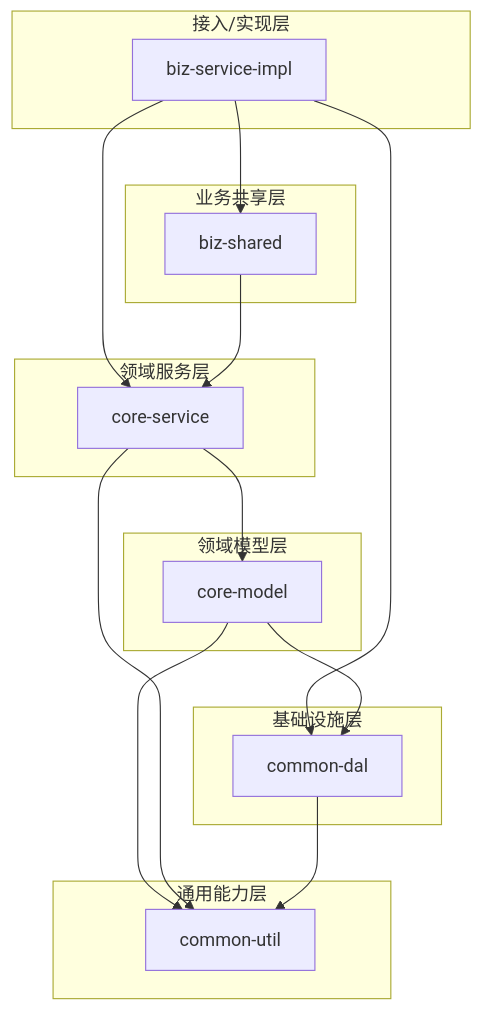
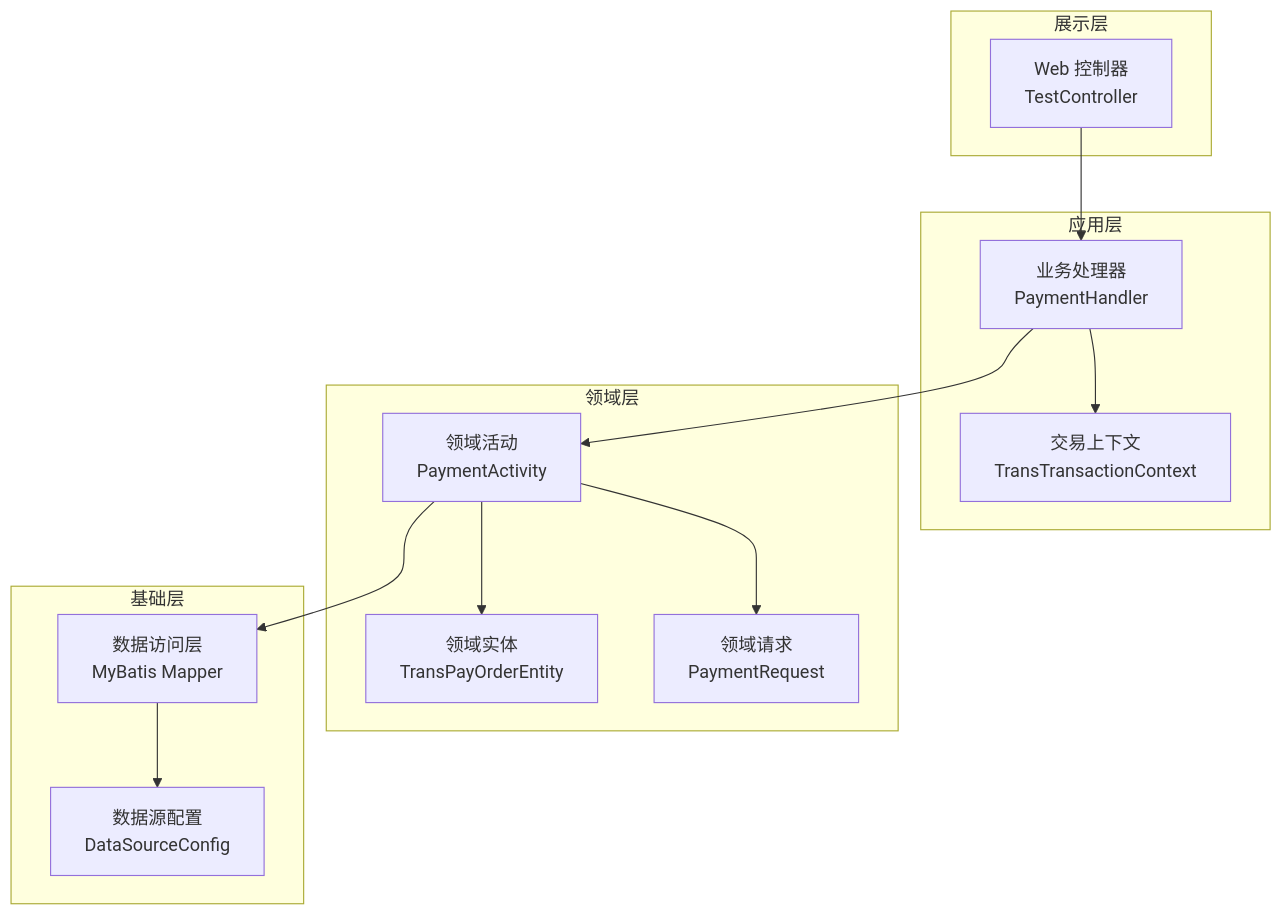
Before and after one commit to magicliang/domain-driven-transaction-sys: the first of 6 diagrams in .qoder/repowiki/zh/content/架构设计/架构评估报告-DDD-COLA-SOFA.md, drawn with Mermaid. The commit also changed other lines of this file and 1 other file, not shown here.

````diff
--- a/.qoder/repowiki/zh/content/架构设计/架构评估报告-DDD-COLA-SOFA.md
+++ b/.qoder/repowiki/zh/content/架构设计/架构评估报告-DDD-COLA-SOFA.md
@@ -45,30 +48,26 @@
 ```mermaid
 graph TB
-subgraph "接入/实现层"
-BSI["biz-service-impl"]
+subgraph "展示层"
+WEB["Web 控制器<br/>TestController"]
 end
-subgraph "业务共享层"
-BSH["biz-shared"]
+subgraph "应用层"
+HANDLER["业务处理器<br/>PaymentHandler"]
+CONTEXT["交易上下文<br/>TransTransactionContext"]
 end
-subgraph "领域模型层"
-CM["core-model"]
+subgraph "领域层"
+ACTIVITY["领域活动<br/>PaymentActivity"]
+ENTITY["领域实体<br/>TransPayOrderEntity"]
+REQUEST["领域请求<br/>PaymentRequest"]
 end
-subgraph "领域服务层"
-CS["core-service"]
+subgraph "基础层"
+DAL["数据访问层<br/>MyBatis Mapper"]
+DS["数据源配置<br/>DataSourceConfig"]
 end
-subgraph "基础设施层"
-CDAL["common-dal"]
-end
-subgraph "通用能力层"
-CU["common-util"]
-end
-BSI --> BSH
-BSI --> CS
-BSI --> CDAL
-BSH --> CS
-CS --> CM
-CM --> CDAL
-CM --> CU
-CS --> CU
-CDAL --> CU
+WEB --> HANDLER
+HANDLER --> CONTEXT
+HANDLER --> ACTIVITY
+ACTIVITY --> ENTITY
+ACTIVITY --> REQUEST
+ACTIVITY --> DAL
+DAL --> DS
 ```
````
